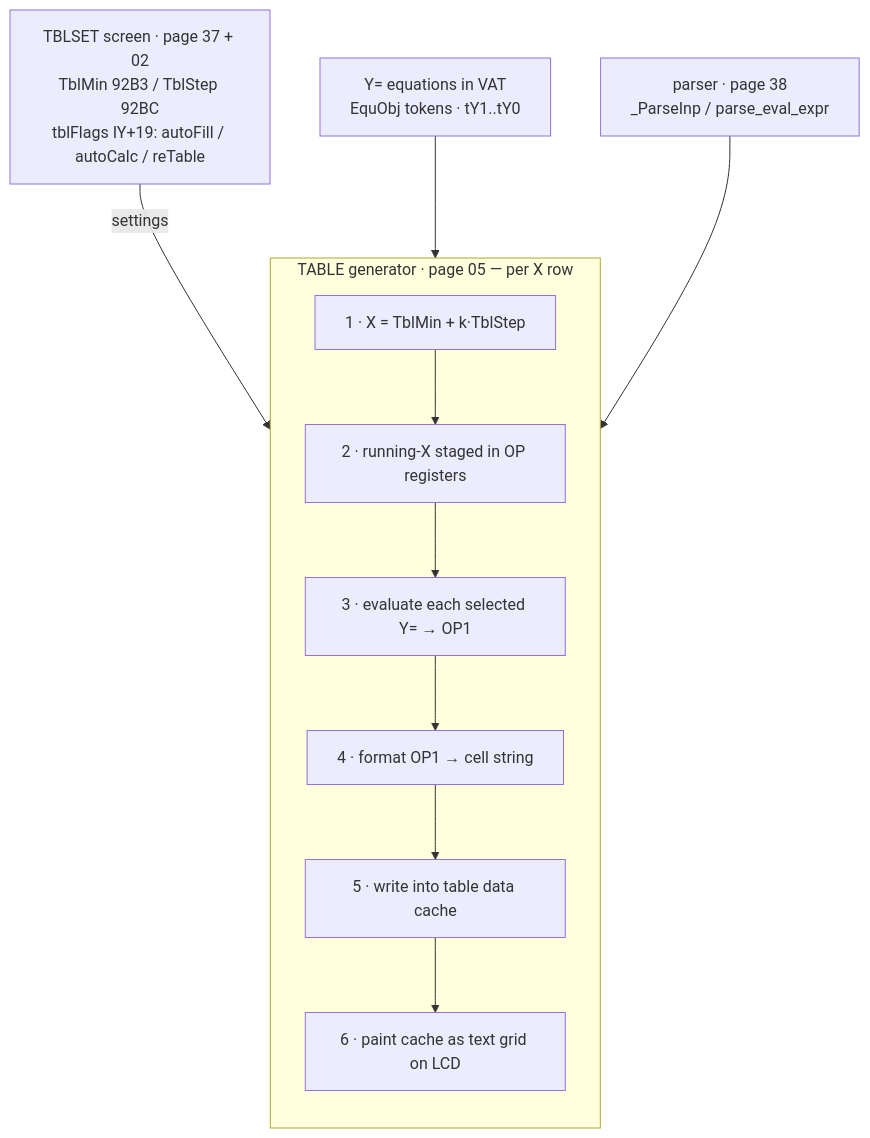
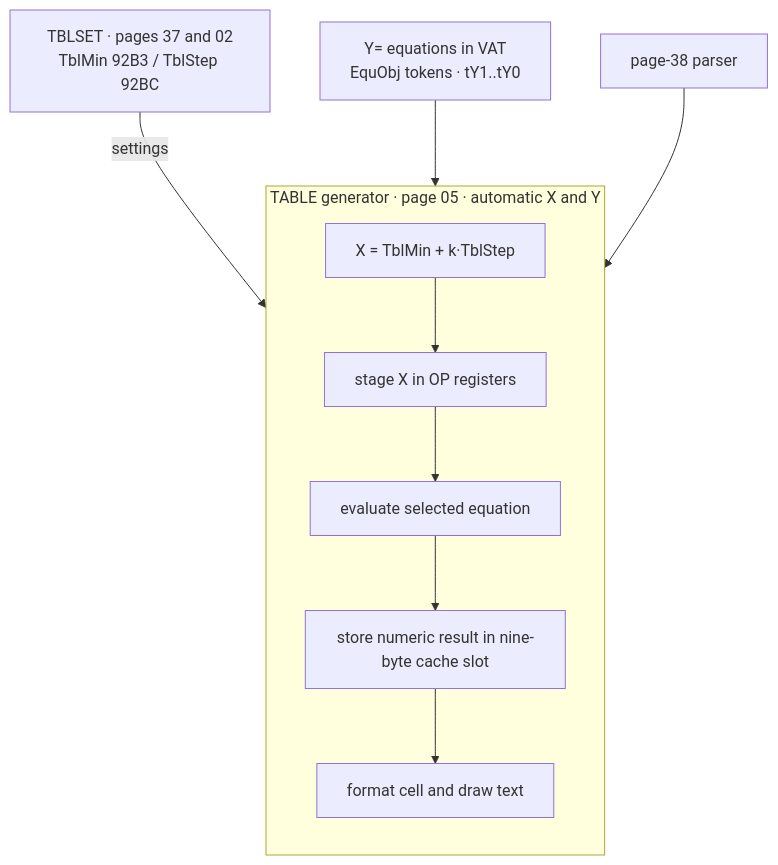
Before and after one commit to siraben/ti84p-re: the diagram in docs/sub-table-yvars.md, drawn with Mermaid. The commit also changed other lines of this file and 10 other files, not shown here.

Commit message:
Correct the algorithms and data flow shown in the wiki diagrams

````diff
--- a/docs/sub-table-yvars.md
+++ b/docs/sub-table-yvars.md
@@ -15,19 +15,18 @@
 ```mermaid
 flowchart TB
-    TBLSET["TBLSET screen · page 37 + 02<br/>TblMin 92B3 / TblStep 92BC<br/>tblFlags IY+19: autoFill / autoCalc / reTable"]
+    TBLSET["TBLSET · pages 37 and 02<br/>TblMin 92B3 / TblStep 92BC"]
     YEQ["Y= equations in VAT<br/>EquObj tokens · tY1..tY0"]
-    PARSER["parser · page 38<br/>_ParseInp / parse_eval_expr"]
-    subgraph GEN["TABLE generator · page 05 — per X row"]
+    PARSER["page-38 parser"]
+    subgraph GEN["TABLE generator · page 05 · automatic X and Y"]
       direction TB
-      S1["1 · X = TblMin + k·TblStep"]
-      S2["2 · running-X staged in OP registers"]
-      S3["3 · evaluate each selected Y= → OP1"]
-      S4["4 · format OP1 → cell string"]
-      S5["5 · write into table data cache"]
-      S6["6 · paint cache as text grid on LCD"]
-      S1 --> S2 --> S3 --> S4 --> S5 --> S6
+      S1["X = TblMin + k·TblStep"]
+      S2["stage X in OP registers"]
+      S3["evaluate selected equation"]
+      S4["store numeric result in nine-byte cache slot"]
+      S5["format cell and draw text"]
+      S1 --> S2 --> S3 --> S4 --> S5
     end
     TBLSET -->|settings| S1
     YEQ --> S3
     PARSER --> S3
 ```
````
